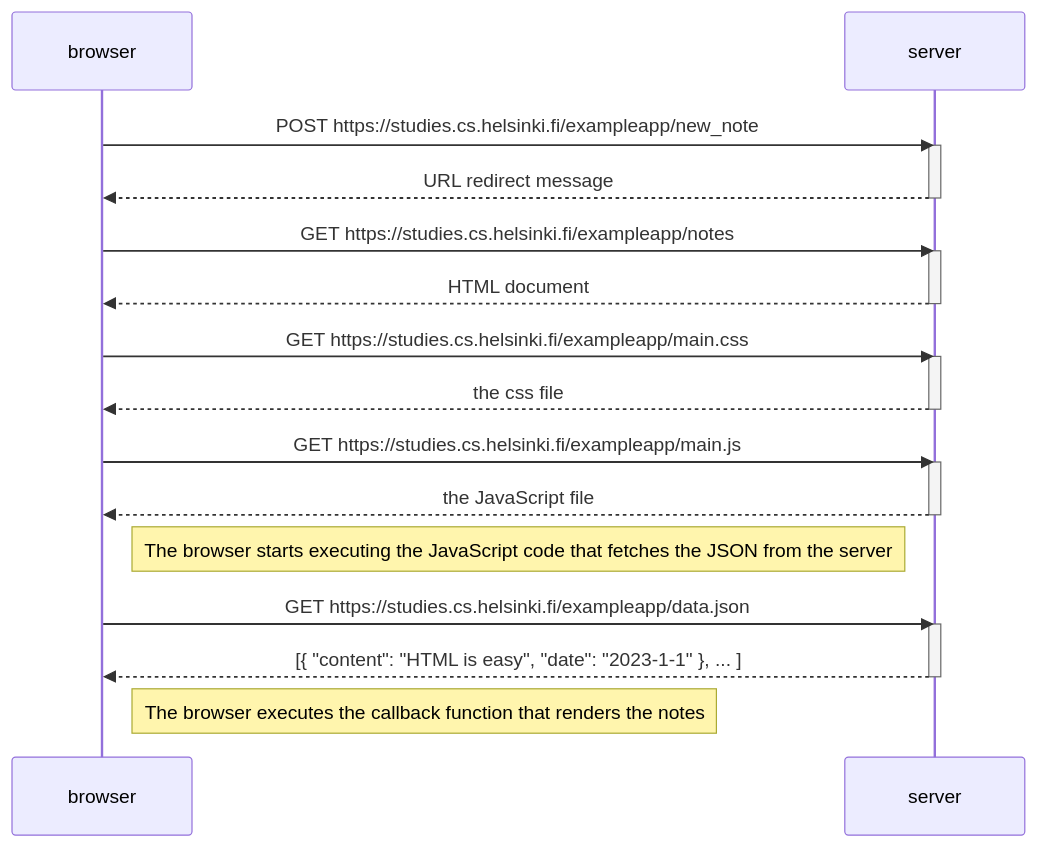
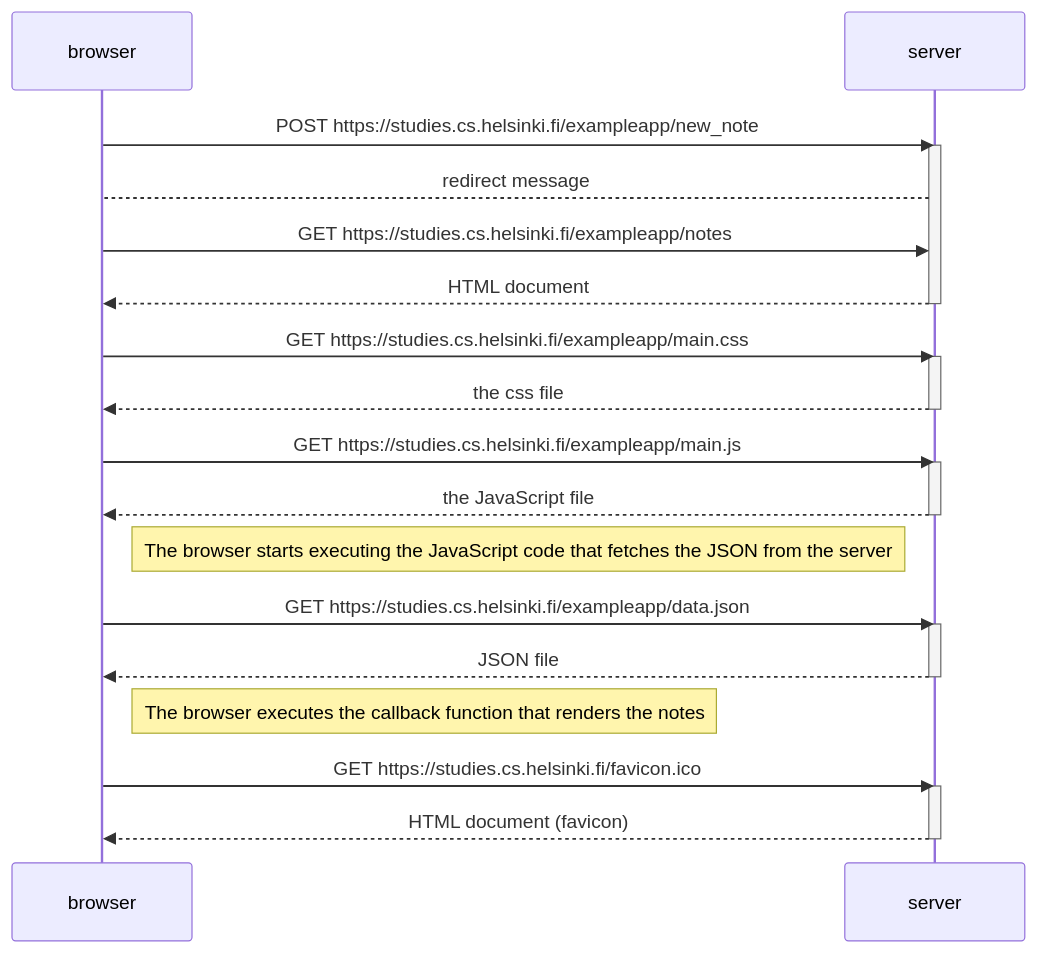
One commit to amandauppgard/fullstackopen changed the diagram in part0/0.4.md. Above: the diagram before and after it, drawn with Mermaid.

Commit message:
fixed errors

````diff
--- a/part0/0.4.md
+++ b/part0/0.4.md
@@ -1,34 +1,36 @@
 ```mermaid
 sequenceDiagram
     participant browser
     participant server
 
     browser->>server: POST https://studies.cs.helsinki.fi/exampleapp/new_note
     activate server
-    server-->>browser: URL redirect message
-    deactivate server
-
+    server-->browser: redirect message
     browser->>server: GET https://studies.cs.helsinki.fi/exampleapp/notes
-    activate server
     server-->>browser: HTML document
     deactivate server
 
     browser->>server: GET https://studies.cs.helsinki.fi/exampleapp/main.css
     activate server
     server-->>browser: the css file
     deactivate server
 
     browser->>server: GET https://studies.cs.helsinki.fi/exampleapp/main.js
     activate server
     server-->>browser: the JavaScript file
     deactivate server
 
     Note right of browser: The browser starts executing the JavaScript code that fetches the JSON from the server
 
     browser->>server: GET https://studies.cs.helsinki.fi/exampleapp/data.json
     activate server
-    server-->>browser: [{ "content": "HTML is easy", "date": "2023-1-1" }, ... ]
+    server-->>browser: JSON file
     deactivate server
 
     Note right of browser: The browser executes the callback function that renders the notes
+    
+    browser->>server: GET https://studies.cs.helsinki.fi/favicon.ico
+    activate server
+    server-->>browser: HTML document (favicon)
+    deactivate server
 ```
````
